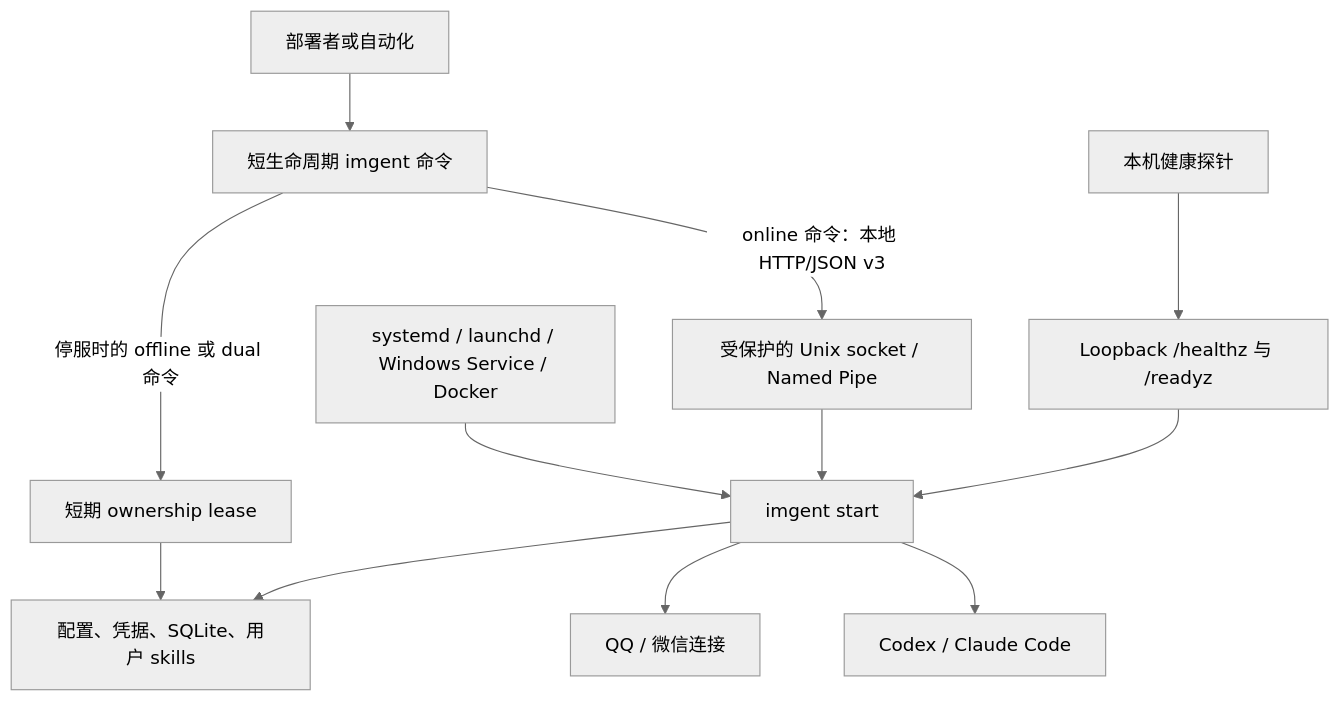
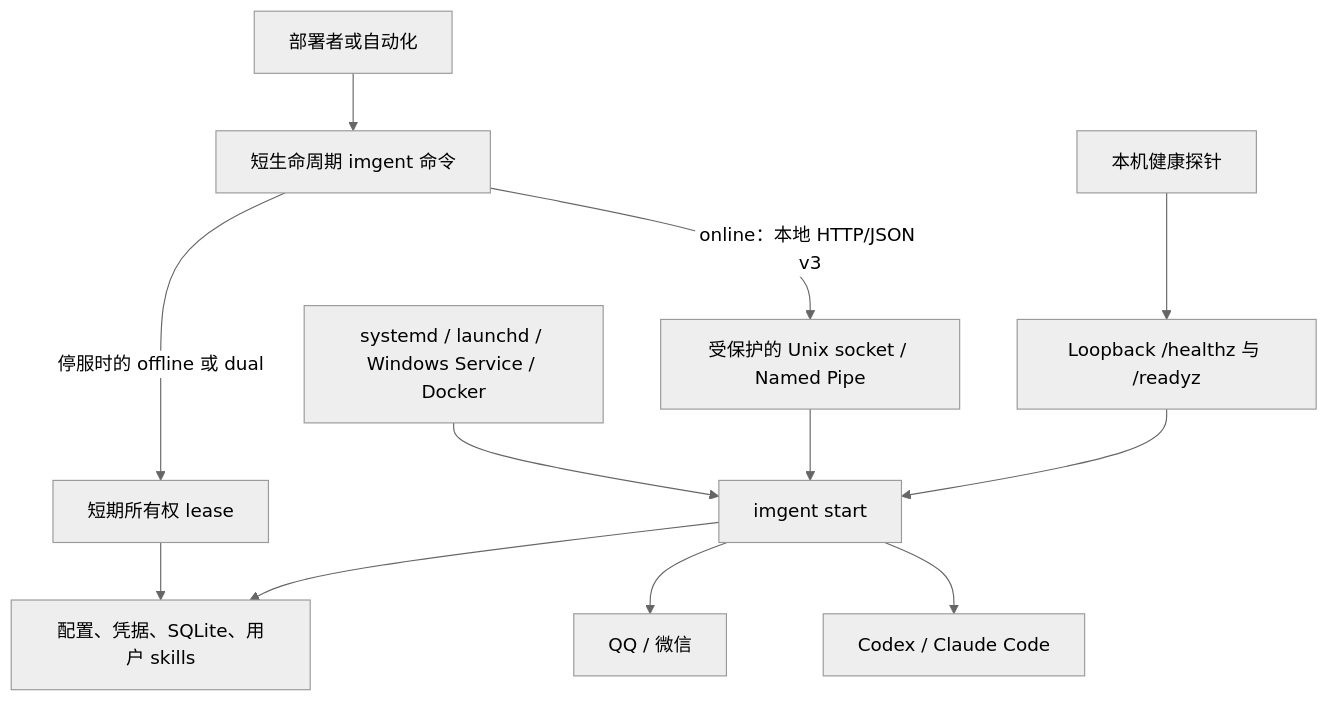
One commit to Morilence/IMGent changed the second of 2 diagrams in README.zh-CN.md. Above: the diagram before and after it, drawn with Mermaid (neutral theme). The commit also changed other lines of this file and 2 other files, not shown here.

````diff
--- a/README.zh-CN.md
+++ b/README.zh-CN.md
@@ -92,14 +108,14 @@
 ```mermaid
 flowchart TB
     OP["部署者或自动化"] --> CLI["短生命周期 imgent 命令"]
     SUP["systemd / launchd / Windows Service / Docker"] --> SVC["imgent start"]
-    CLI -->|"online 命令：本地 HTTP/JSON v3"| CP["受保护的 Unix socket / Named Pipe"]
+    CLI -->|"online：本地 HTTP/JSON v3"| CP["受保护的 Unix socket / Named Pipe"]
     CP --> SVC
-    CLI -->|"停服时的 offline 或 dual 命令"| LEASE["短期 ownership lease"]
+    CLI -->|"停服时的 offline 或 dual"| LEASE["短期所有权 lease"]
     LEASE --> DATA["配置、凭据、SQLite、用户 skills"]
     SVC --> DATA
-    SVC --> IM["QQ / 微信连接"]
+    SVC --> IM["QQ / 微信"]
     SVC --> AG["Codex / Claude Code"]
     PROBE["本机健康探针"] --> HEALTH["Loopback /healthz 与 /readyz"]
     HEALTH --> SVC
 ```
````
